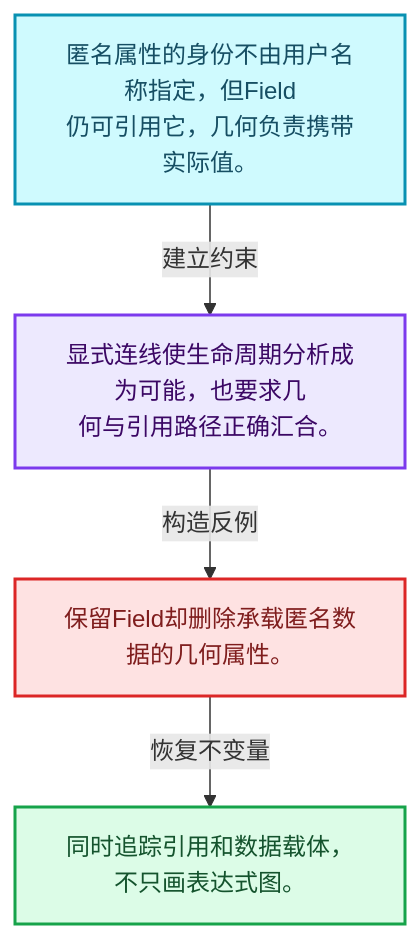
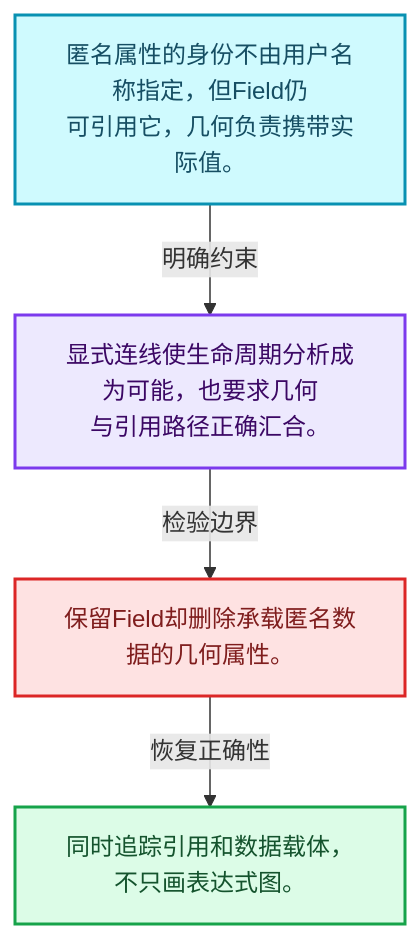
Before and after one commit to yunkezengren/blender-.vscode: the first of 4 diagrams in 杂/markdown/全面学习-codex/10-引用生命周期与Closure/01-匿名属性与引用问题.md, drawn with Mermaid. The commit also changed other lines of this file and 1930 other files, not shown here.

````diff
--- a/杂/markdown/全面学习-codex/10-引用生命周期与Closure/01-匿名属性与引用问题.md
+++ b/杂/markdown/全面学习-codex/10-引用生命周期与Closure/01-匿名属性与引用问题.md
@@ -29,16 +29,16 @@
 ```mermaid
 flowchart TB
-  M["匿名属性的身份不由用户名称指定，但Field<br/>仍可引用它，几何负责携带实际值。"]:::data
-  T["显式连线使生命周期分析成为可能，也要求几<br/>何与引用路径正确汇合。"]:::abstraction
-  X["保留Field却删除承载匿名数据的几何属性。"]:::error
-  A["同时追踪引用和数据载体，不只画表达式图。"]:::result
-  M -->|"建立约束"| T
-  T -->|"构造反例"| X
-  X -->|"恢复不变量"| A
+  M["匿名属性的身份不由用户名称指定，但Field仍<br/>可引用它，几何负责携带实际值。"]:::data
+  C["显式连线使生命周期分析成为可能，也要求几何<br/>与引用路径正确汇合。"]:::abstraction
+  B["保留Field却删除承载匿名数据的几何属性。"]:::error
+  R["同时追踪引用和数据载体，不只画表达式图。"]:::result
+  M -->|"明确约束"| C
+  C -->|"检验边界"| B
+  B -->|"恢复正确性"| R
   classDef input fill:#DBEAFE,stroke:#2563EB,color:#172554,stroke-width:2px;
   classDef data fill:#CFFAFE,stroke:#0891B2,color:#164E63,stroke-width:2px;
   classDef abstraction fill:#EDE9FE,stroke:#7C3AED,color:#3B0764,stroke-width:2px;
   classDef compute fill:#FEF3C7,stroke:#D97706,color:#78350F,stroke-width:2px;
   classDef result fill:#DCFCE7,stroke:#16A34A,color:#14532D,stroke-width:2px;
   classDef error fill:#FEE2E2,stroke:#DC2626,color:#7F1D1D,stroke-width:2px;
 ```
````
